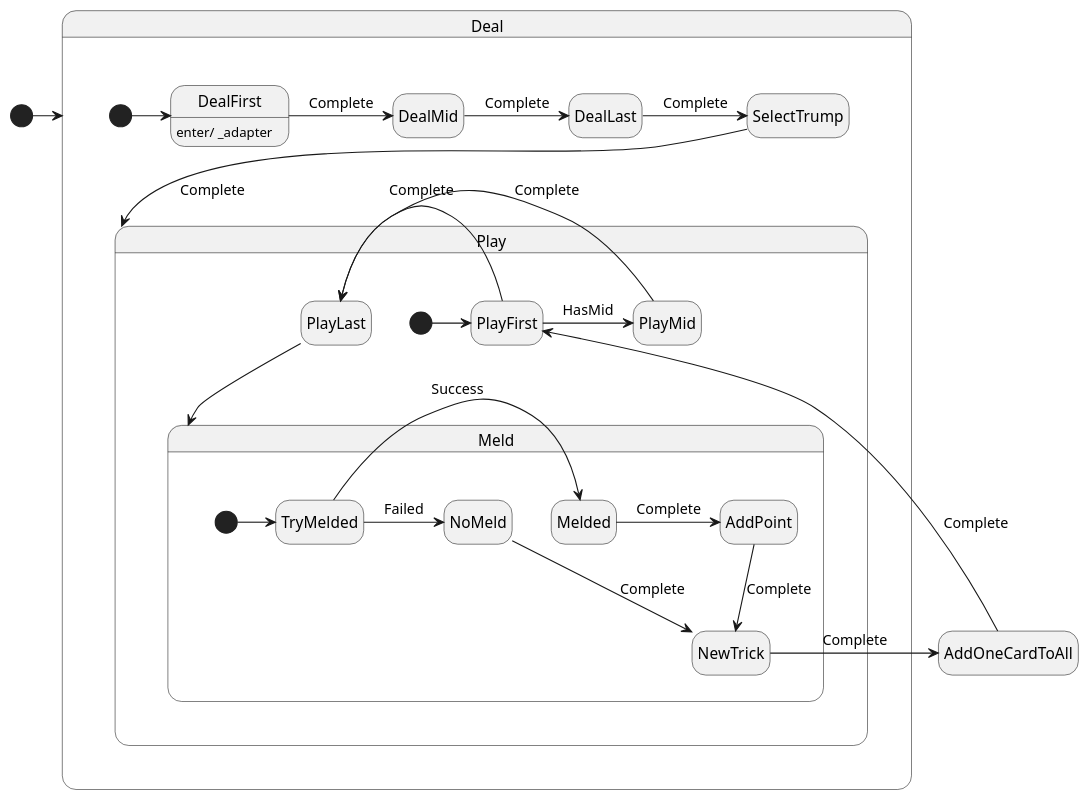
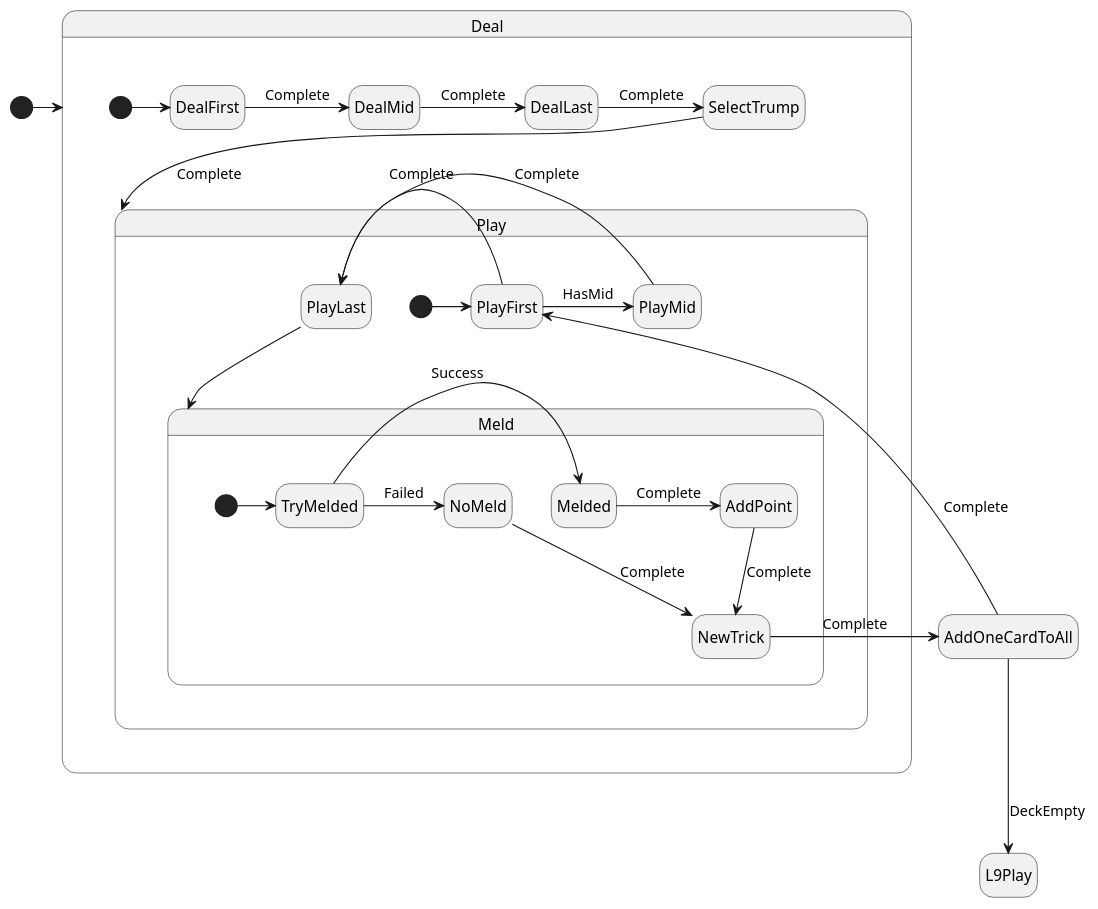
The diagram in BeziqueCore/Bezique.puml (shefat2002/BeziqueCore), drawn with PlantUML before and after one commit. The commit also changed 2 other files, not shown here.

Commit message:
Add L9Play state and DeckEmpty event

```diff
--- a/BeziqueCore/Bezique.puml
+++ b/BeziqueCore/Bezique.puml
@@ -1,63 +1,65 @@
 @startuml
 
 /'! $CONFIG : toml
 SmRunnerSettings.transpilerId = "CSharp"
 
 [RenderConfig.CSharp]
 NameSpace =  "BeziqueCore;"
 '/
 
 hide empty description
 skinparam stateMessageAlignment center
 
 [*] -> Deal
 
 
 state Deal {
-    state DealFirst : enter/ _adapter
+    state DealFirst
     state DealMid
     state DealLast
 
     [*] -> DealFirst
     DealFirst -> DealMid : Complete 
     DealMid -> DealLast : Complete
     DealLast -> SelectTrump : Complete 
     SelectTrump --> Play : Complete 
 }
 
 state Play {
     state PlayFirst
     state PlayMid
     state PlayLast
     
     [*] -> PlayFirst
     PlayFirst -> PlayMid : HasMid
     PlayMid -> PlayLast : Complete
     PlayFirst -> PlayLast : Complete
     PlayLast --> Meld
 }
 
 state Meld{
     [*] -> TryMelded
     state Melded
     state NoMeld
     
     TryMelded -> Melded : Success
     TryMelded -> NoMeld : Failed
     
     Melded -> AddPoint : Complete
     NoMeld --> NewTrick : Complete
     
 }
 
 
 AddPoint --> NewTrick : Complete
 
 NewTrick -> AddOneCardToAll : Complete
 
 AddOneCardToAll --> PlayFirst : Complete
 
+AddOneCardToAll --> L9Play : DeckEmpty
+
 
 
 
 @enduml
```
